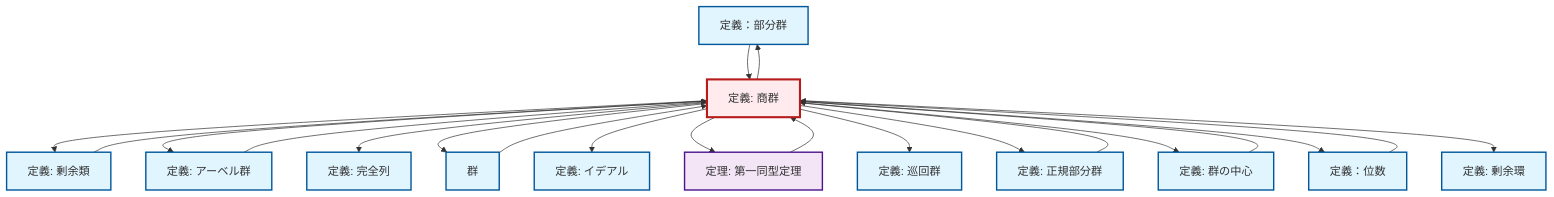
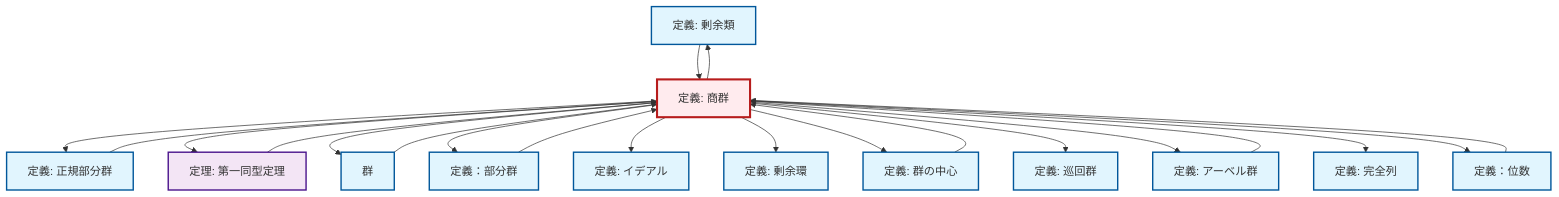
The diagram in content/ja/algebra/def-quotient-group.qmd (RK0429/ModernMath), drawn with Mermaid before and after one commit. The commit also changed other lines of this file and 328 other files, not shown here.

````diff
--- a/content/ja/algebra/def-quotient-group.qmd
+++ b/content/ja/algebra/def-quotient-group.qmd
@@ -148,55 +148,55 @@
 ```{mermaid}
 %%| fig-cap: "ローカル依存関係グラフ"
 graph TD
     classDef definition fill:#e1f5fe,stroke:#01579b,stroke-width:2px
     classDef theorem fill:#f3e5f5,stroke:#4a148c,stroke-width:2px
     classDef axiom fill:#fff3e0,stroke:#e65100,stroke-width:2px
     classDef example fill:#e8f5e9,stroke:#1b5e20,stroke-width:2px
     classDef current fill:#ffebee,stroke:#b71c1c,stroke-width:3px
+    def-coset["定義: 剰余類"]:::definition
+    def-ideal["定義: イデアル"]:::definition
+    def-normal-subgroup["定義: 正規部分群"]:::definition
+    def-order["定義：位数"]:::definition
+    def-cyclic-group["定義: 巡回群"]:::definition
     def-subgroup["定義：部分群"]:::definition
-    def-normal-subgroup["定義: 正規部分群"]:::definition
-    def-cyclic-group["定義: 巡回群"]:::definition
-    def-order["定義：位数"]:::definition
+    def-abelian-group["定義: アーベル群"]:::definition
+    def-group["群"]:::definition
+    thm-first-isomorphism["定理: 第一同型定理"]:::theorem
+    def-quotient-ring["定義: 剰余環"]:::definition
+    def-center-of-group["定義: 群の中心"]:::definition
     def-exact-sequence["定義: 完全列"]:::definition
     def-quotient-group["定義: 商群"]:::definition
-    thm-first-isomorphism["定理: 第一同型定理"]:::theorem
-    def-quotient-ring["定義: 剰余環"]:::definition
-    def-ideal["定義: イデアル"]:::definition
-    def-group["群"]:::definition
-    def-coset["定義: 剰余類"]:::definition
-    def-center-of-group["定義: 群の中心"]:::definition
-    def-abelian-group["定義: アーベル群"]:::definition
-    def-order --> def-quotient-group
-    def-quotient-group --> def-coset
+    def-subgroup --> def-quotient-group
+    def-quotient-group --> def-normal-subgroup
+    def-quotient-group --> thm-first-isomorphism
+    def-quotient-group --> def-group
+    def-center-of-group --> def-quotient-group
+    thm-first-isomorphism --> def-quotient-group
+    def-quotient-group --> def-subgroup
+    def-normal-subgroup --> def-quotient-group
+    def-quotient-group --> def-ideal
+    def-quotient-group --> def-quotient-ring
+    def-quotient-group --> def-center-of-group
+    def-quotient-group --> def-cyclic-group
+    def-coset --> def-quotient-group
+    def-abelian-group --> def-quotient-group
     def-quotient-group --> def-abelian-group
     def-quotient-group --> def-exact-sequence
-    def-center-of-group --> def-quotient-group
-    def-quotient-group --> def-group
-    def-coset --> def-quotient-group
-    def-subgroup --> def-quotient-group
-    def-quotient-group --> def-ideal
-    thm-first-isomorphism --> def-quotient-group
-    def-quotient-group --> thm-first-isomorphism
-    def-quotient-group --> def-cyclic-group
-    def-quotient-group --> def-normal-subgroup
-    def-quotient-group --> def-center-of-group
+    def-group --> def-quotient-group
+    def-quotient-group --> def-coset
+    def-order --> def-quotient-group
     def-quotient-group --> def-order
-    def-quotient-group --> def-subgroup
-    def-normal-subgroup --> def-quotient-group
-    def-quotient-group --> def-quotient-ring
-    def-abelian-group --> def-quotient-group
-    def-group --> def-quotient-group
     class def-quotient-group current
+    click def-coset "def-coset.html" "剰余類の定義へ"
+    click def-ideal "def-ideal.html" "イデアルの定義へ"
+    click def-normal-subgroup "def-normal-subgroup.html" "正規部分群の定義へ"
+    click def-order "def-order.html" "定義：位数へ"
+    click def-cyclic-group "def-cyclic-group.html" "巡回群の定義へ"
     click def-subgroup "def-subgroup.html" "定義：部分群へ"
-    click def-normal-subgroup "def-normal-subgroup.html" "正規部分群の定義へ"
-    click def-cyclic-group "def-cyclic-group.html" "巡回群の定義へ"
-    click def-order "def-order.html" "定義：位数へ"
-    click def-exact-sequence "def-exact-sequence.html" "完全列の定義へ"
+    click def-abelian-group "def-abelian-group.html" "アーベル群の定義へ"
+    click def-group "def-group.html" "群へ"
     click thm-first-isomorphism "thm-first-isomorphism.html" "第一同型定理の定理へ"
     click def-quotient-ring "def-quotient-ring.html" "剰余環の定義へ"
-    click def-ideal "def-ideal.html" "イデアルの定義へ"
-    click def-group "def-group.html" "群へ"
-    click def-coset "def-coset.html" "剰余類の定義へ"
     click def-center-of-group "def-center-of-group.html" "群の中心の定義へ"
-    click def-abelian-group "def-abelian-group.html" "アーベル群の定義へ"
+    click def-exact-sequence "def-exact-sequence.html" "完全列の定義へ"
 ```
````
